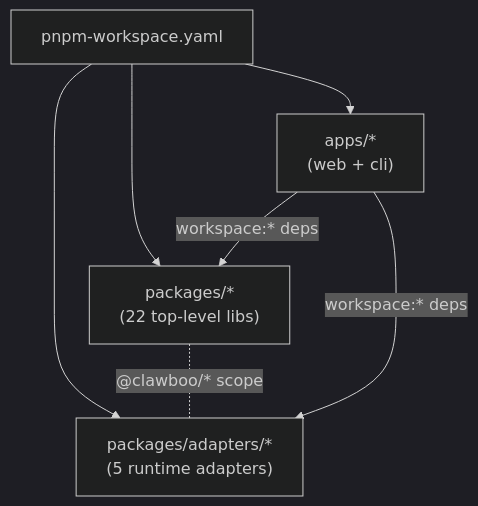
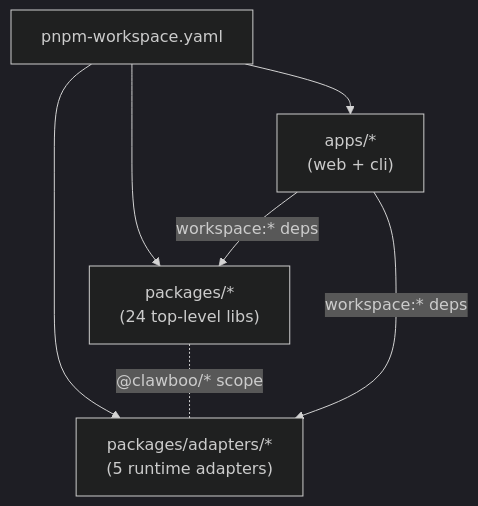
The first of 2 diagrams in docs/internals/monorepo-and-build.md (clawboo/clawboo), drawn with Mermaid (dark theme) before and after one commit. The commit also changed other lines of this file and 31 other files, not shown here.

````diff
--- a/docs/internals/monorepo-and-build.md
+++ b/docs/internals/monorepo-and-build.md
@@ -32,10 +46,10 @@
 ```mermaid
 graph TD
   root["pnpm-workspace.yaml"]
-  root --> p["packages/*<br/>(22 top-level libs)"]
+  root --> p["packages/*<br/>(24 top-level libs)"]
   root --> a["packages/adapters/*<br/>(5 runtime adapters)"]
   root --> apps["apps/*<br/>(web + cli)"]
   p -. "@clawboo/* scope" .- a
   apps -- "workspace:* deps" --> p
   apps -- "workspace:* deps" --> a
 ```
````
